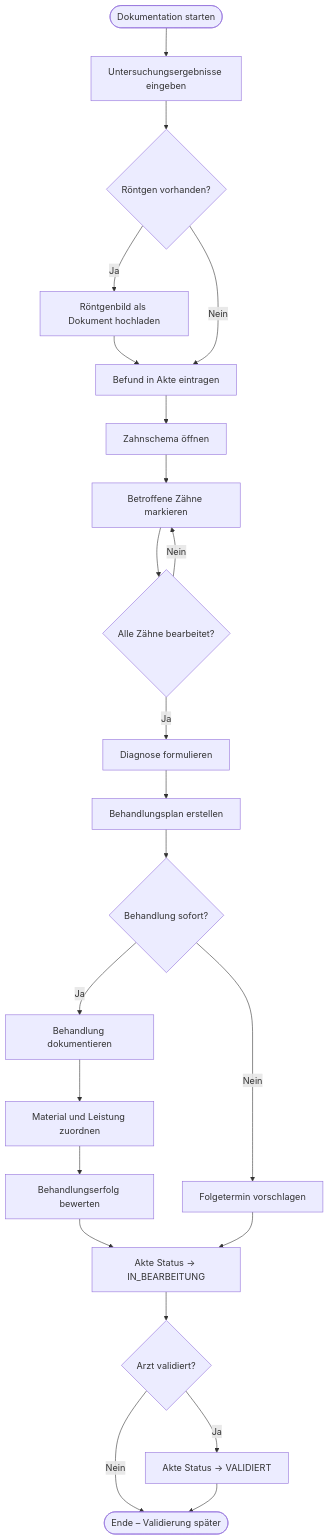
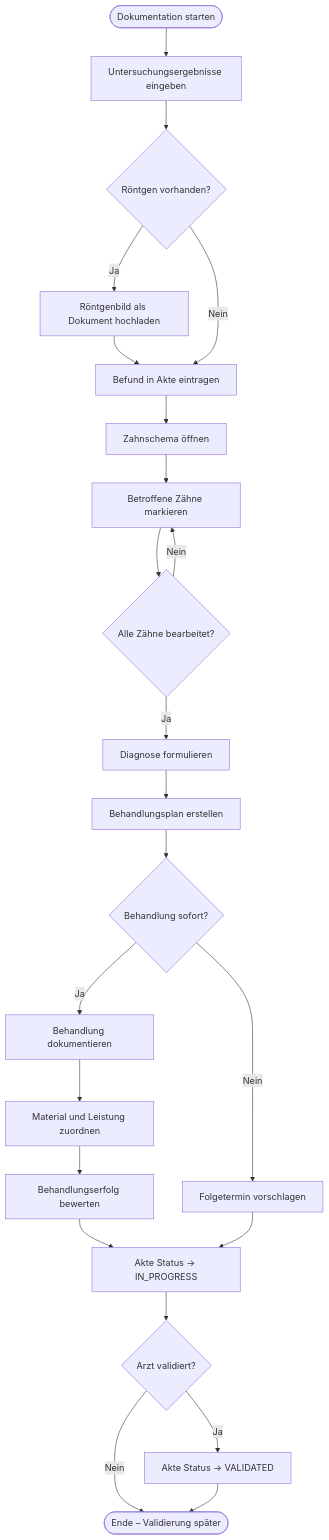
Before and after one commit to Achrafbennanizia/Medoc: the fifth of 5 diagrams in docs/uml/04-activity-diagram.md, drawn with Mermaid. The commit also changed other lines of this file and 1081 other files, not shown here.

````diff
--- a/docs/uml/04-activity-diagram.md
+++ b/docs/uml/04-activity-diagram.md
@@ -133,25 +133,25 @@
 ```mermaid
 flowchart TD
     Start([Dokumentation starten]) --> A[Untersuchungsergebnisse eingeben]
     A --> B{Röntgen vorhanden?}
     B -- Ja --> C[Röntgenbild als Dokument hochladen]
     C --> D[Befund in Akte eintragen]
     B -- Nein --> D
     D --> E[Zahnschema öffnen]
     E --> F[Betroffene Zähne markieren]
     F --> G{Alle Zähne bearbeitet?}
     G -- Nein --> F
     G -- Ja --> H[Diagnose formulieren]
     H --> I[Behandlungsplan erstellen]
     I --> J{Behandlung sofort?}
     J -- Ja --> K[Behandlung dokumentieren]
     K --> L[Material und Leistung zuordnen]
     L --> M[Behandlungserfolg bewerten]
     J -- Nein --> N[Folgetermin vorschlagen]
-    M --> O[Akte Status → IN_BEARBEITUNG]
+    M --> O[Akte Status → IN_PROGRESS]
     N --> O
     O --> P{Arzt validiert?}
-    P -- Ja --> Q[Akte Status → VALIDIERT]
+    P -- Ja --> Q[Akte Status → VALIDATED]
     P -- Nein --> R([Ende – Validierung später])
     Q --> R
 ```
````
